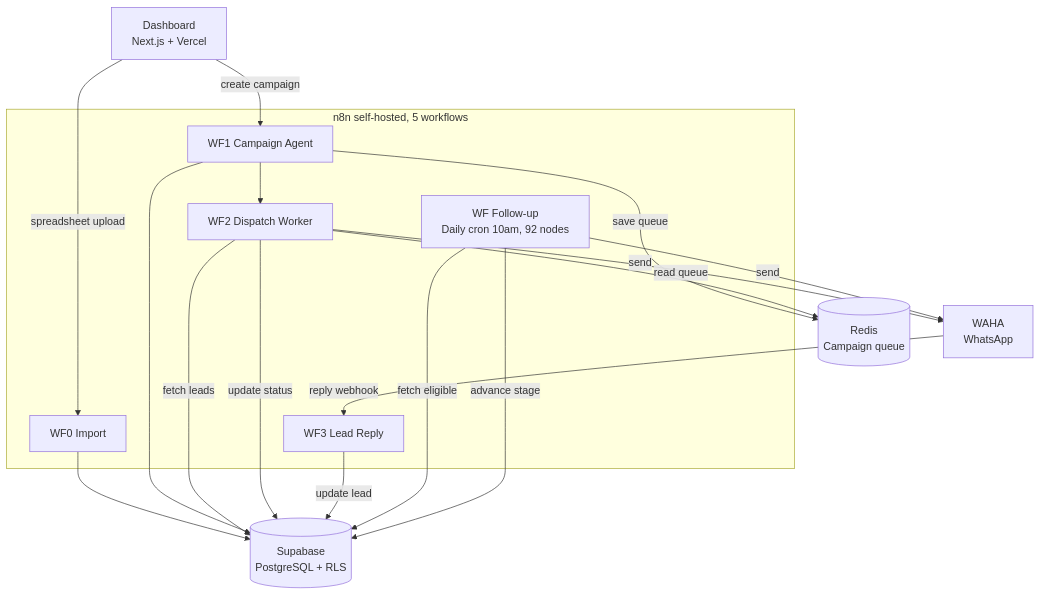
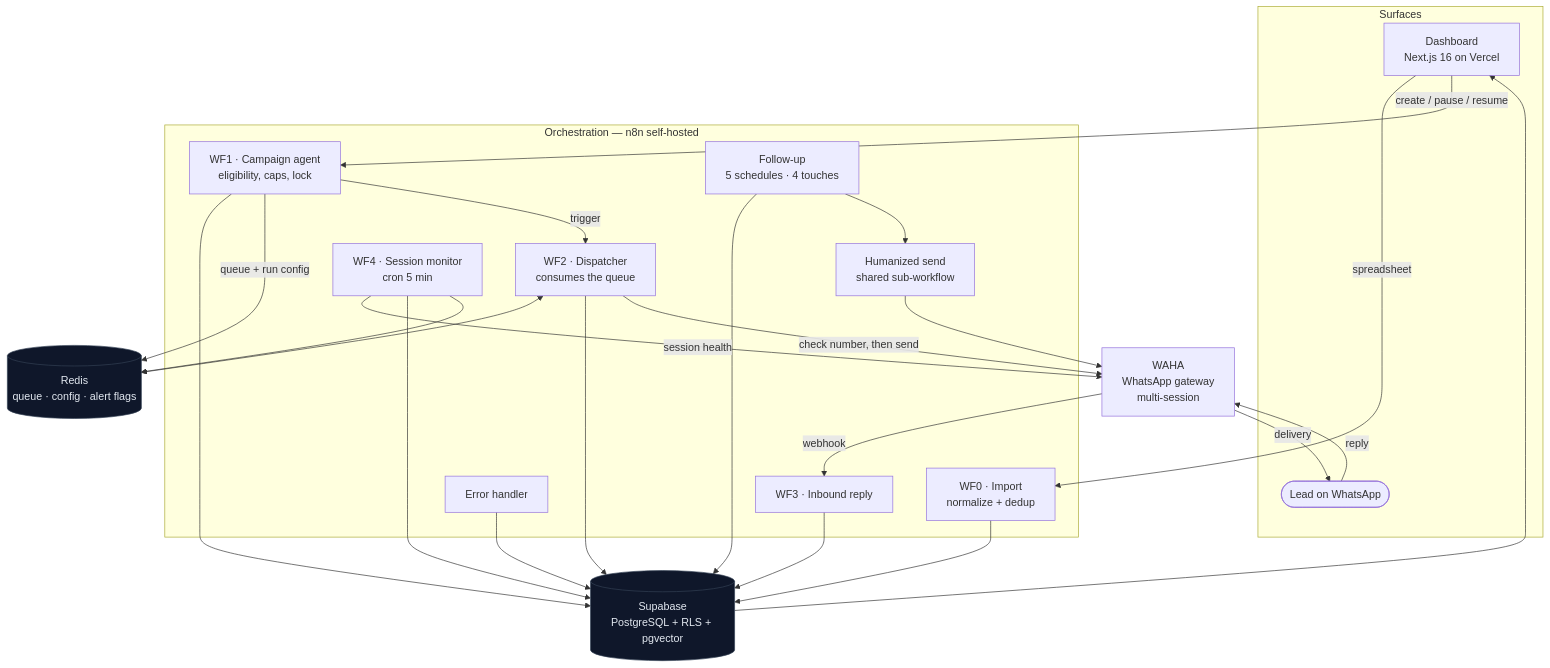
Before and after one commit to Guilherme-Bosco/reativalead-showcase: the diagram in README.md, drawn with Mermaid. The commit also changed other lines of this file, not shown here.

````diff
--- a/README.md
+++ b/README.md
@@ -56,36 +46,47 @@
 ```mermaid
 flowchart TB
-    Dashboard["Dashboard<br/>Next.js + Vercel"]
-
-    subgraph n8n["n8n self-hosted, 5 workflows"]
-        WF0["WF0 Import"]
-        WF1["WF1 Campaign Agent"]
-        WF2["WF2 Dispatch Worker"]
-        WF3["WF3 Lead Reply"]
-        WFFollow["WF Follow-up<br/>Daily cron 10am, 92 nodes"]
+    subgraph client["Surfaces"]
+        Dash["Dashboard<br/>Next.js 16 on Vercel"]
+        Lead(["Lead on WhatsApp"])
     end
 
-    Supabase[("Supabase<br/>PostgreSQL + RLS")]
-    Redis[("Redis<br/>Campaign queue")]
-    Evo["WAHA<br/>WhatsApp"]
+    subgraph orch["Orchestration — n8n self-hosted"]
+        WF0["WF0 · Import<br/>normalize + dedup"]
+        WF1["WF1 · Campaign agent<br/>eligibility, caps, lock"]
+        WF2["WF2 · Dispatcher<br/>consumes the queue"]
+        SEND["Humanized send<br/>shared sub-workflow"]
+        FUP["Follow-up<br/>5 schedules · 4 touches"]
+        WF3["WF3 · Inbound reply"]
+        WF4["WF4 · Session monitor<br/>cron 5 min"]
+        ERR["Error handler"]
+    end
 
-    Dashboard -->|spreadsheet upload| WF0
-    Dashboard -->|create campaign| WF1
-    WF0 --> Supabase
+    DB[("Supabase<br/>PostgreSQL + RLS + pgvector")]
+    Q[("Redis<br/>queue · config · alert flags")]
+    WA["WAHA<br/>WhatsApp gateway<br/>multi-session"]
 
-    WF1 --> Supabase
-    WF1 -->|save queue| Redis
-    WF1 --> WF2
+    Dash -->|spreadsheet| WF0
+    Dash -->|create / pause / resume| WF1
+    WF0 --> DB
+    WF1 --> DB
+    WF1 -->|queue + run config| Q
+    WF1 -->|trigger| WF2
+    WF2 <--> Q
+    WF2 --> DB
+    WF2 -->|check number, then send| WA
+    FUP --> DB
+    FUP --> SEND
+    SEND --> WA
+    WA -->|delivery| Lead
+    Lead -->|reply| WA
+    WA -->|webhook| WF3
+    WF3 --> DB
+    WF4 -->|session health| WA
+    WF4 --> DB
+    WF4 --> Q
+    ERR --> DB
+    DB --> Dash
 
-    WF2 -->|read queue| Redis
-    WF2 -->|fetch leads| Supabase
-    WF2 -->|send| Evo
-    WF2 -->|update status| Supabase
-
-    Evo -->|reply webhook| WF3
-    WF3 -->|update lead| Supabase
-
-    WFFollow -->|fetch eligible| Supabase
-    WFFollow -->|send| Evo
-    WFFollow -->|advance stage| Supabase
+    classDef store fill:#0f172a,stroke:#334155,color:#e2e8f0
+    class DB,Q store
 ```
````
